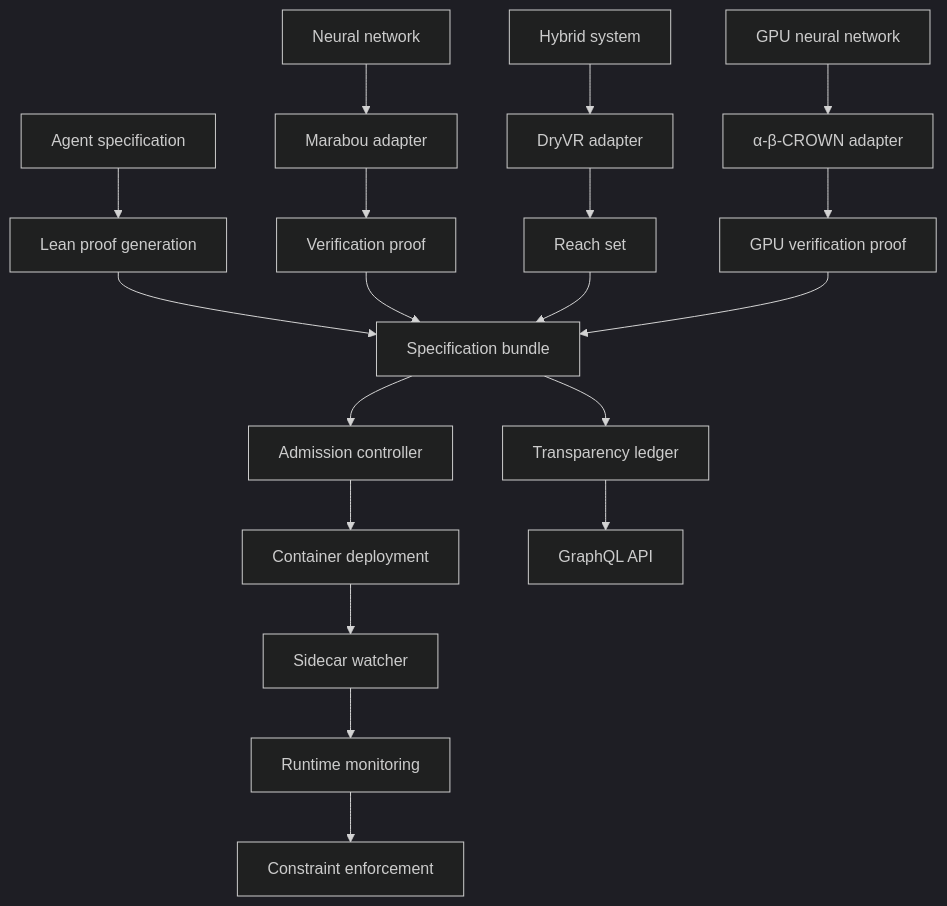
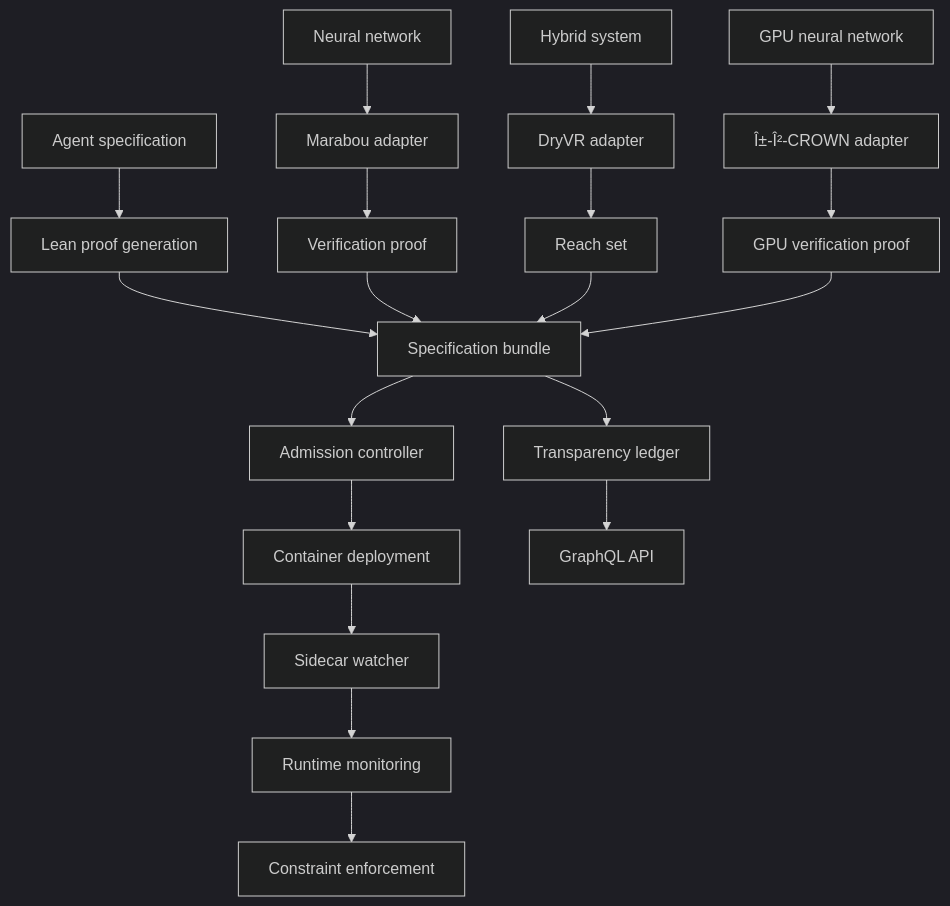
The diagram in README.md (SentinelOps-CI/provability-fabric), drawn with Mermaid (dark theme) before and after one commit. The commit also changed other lines of this file, not shown here.

````diff
--- a/README.md
+++ b/README.md
@@ -227,25 +227,25 @@
 ```mermaid
 flowchart TD
     A[Agent specification] --> B[Lean proof generation]
     B --> C[Specification bundle]
     C --> D[Admission controller]
     D --> E[Container deployment]
     E --> F[Sidecar watcher]
     F --> G[Runtime monitoring]
     G --> H[Constraint enforcement]
 
     I[Neural network] --> J[Marabou adapter]
     J --> K[Verification proof]
     K --> C
 
     L[Hybrid system] --> M[DryVR adapter]
     M --> N[Reach set]
     N --> C
 
-    GNN[GPU neural network] --> ABC["α-β-CROWN adapter"]
+    GNN[GPU neural network] --> ABC["Î±-Î²-CROWN adapter"]
     ABC --> GPUP[GPU verification proof]
     GPUP --> C
 
     C --> TL[Transparency ledger]
     TL --> GQL[GraphQL API]
 ```
````
